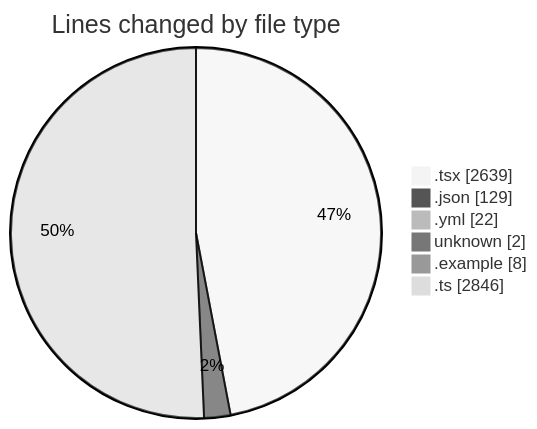
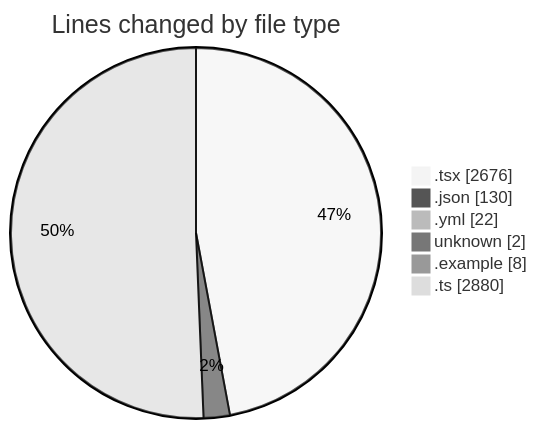
The first of 2 diagrams in 2025-11-21/eventscop-frontend-guide__workspace_/README.md (julien-gomy/code-tracking), drawn with Mermaid (neutral theme) before and after one commit. The commit also changed other lines of this file and 1 other file, not shown here.

````diff
--- a/2025-11-21/eventscop-frontend-guide__workspace_/README.md
+++ b/2025-11-21/eventscop-frontend-guide__workspace_/README.md
@@ -59,10 +59,10 @@
 ```mermaid
 pie showData
 title Lines changed by file type
-".tsx" : 2639
-".json" : 129
+".tsx" : 2676
+".json" : 130
 ".yml" : 22
 "unknown" : 2
 ".example" : 8
-".ts" : 2846
+".ts" : 2880
 ```
````
